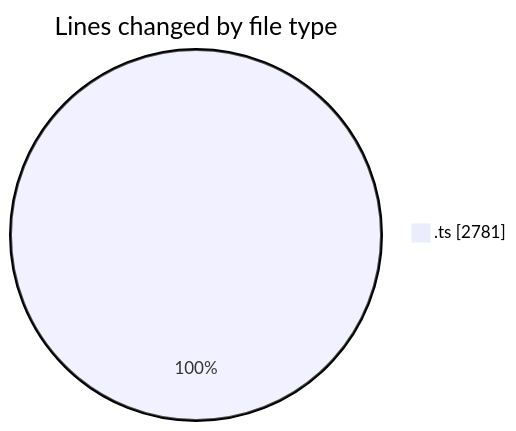
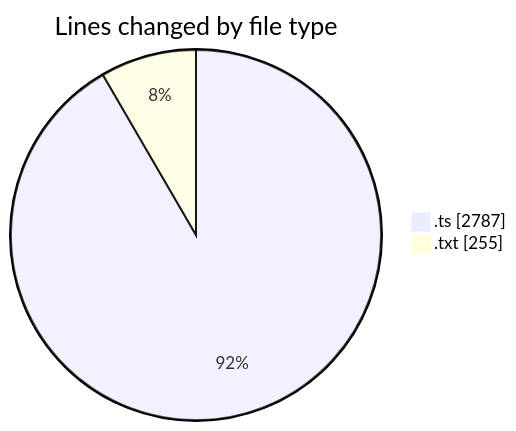
One commit to lephambinh05/code-tracking changed the first of 2 diagrams in 2025-09-14/hiai-phf/README.md. Above: the diagram before and after it, drawn with Mermaid. The commit also changed other lines of this file and 1 other file, not shown here.

````diff
--- a/2025-09-14/hiai-phf/README.md
+++ b/2025-09-14/hiai-phf/README.md
@@ -29,5 +30,6 @@
 ```mermaid
 pie showData
 title Lines changed by file type
-".ts" : 2781
+".ts" : 2787
+".txt" : 255
 ```
````
